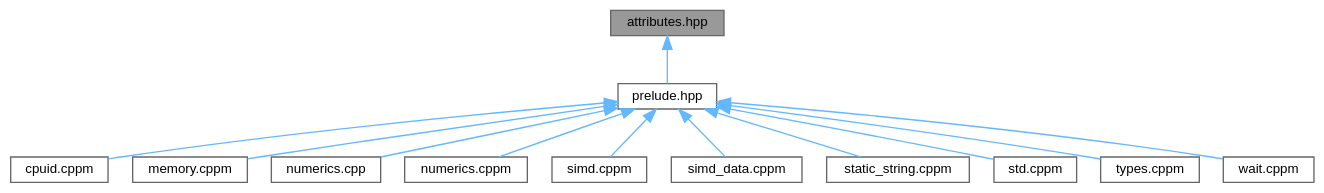
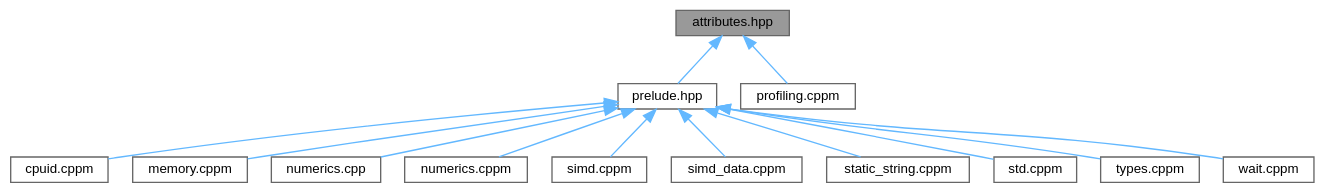
Before and after one commit to ekmett/ein: the diagram in attributes_8hpp__dep__incl.dot, drawn with Graphviz. The commit also changed 212 other files, not shown here.

```diff
--- a/attributes_8hpp__dep__incl.dot
+++ b/attributes_8hpp__dep__incl.dot
@@ -1,31 +1,33 @@
 digraph "attributes.hpp"
 {
  // INTERACTIVE_SVG=YES
  // LATEX_PDF_SIZE
   bgcolor="transparent";
   edge [fontname=Helvetica,fontsize=10,labelfontname=Helvetica,labelfontsize=10];
   node [fontname=Helvetica,fontsize=10,shape=box,height=0.2,width=0.4];
   Node1 [id="Node000001",label="attributes.hpp",height=0.2,width=0.4,color="gray40", fillcolor="grey60", style="filled", fontcolor="black",tooltip="an opinionated subset of clang/gcc attributes"];
   Node1 -> Node2 [id="edge1_Node000001_Node000002",dir="back",color="steelblue1",style="solid",tooltip=" "];
   Node2 [id="Node000002",label="prelude.hpp",height=0.2,width=0.4,color="grey40", fillcolor="white", style="filled",URL="$prelude_8hpp.html",tooltip=" "];
   Node2 -> Node3 [id="edge2_Node000002_Node000003",dir="back",color="steelblue1",style="solid",tooltip=" "];
   Node3 [id="Node000003",label="cpuid.cppm",height=0.2,width=0.4,color="grey40", fillcolor="white", style="filled",URL="$cpuid_8cppm.html",tooltip=" "];
   Node2 -> Node4 [id="edge3_Node000002_Node000004",dir="back",color="steelblue1",style="solid",tooltip=" "];
   Node4 [id="Node000004",label="memory.cppm",height=0.2,width=0.4,color="grey40", fillcolor="white", style="filled",URL="$memory_8cppm.html",tooltip=" "];
   Node2 -> Node5 [id="edge4_Node000002_Node000005",dir="back",color="steelblue1",style="solid",tooltip=" "];
   Node5 [id="Node000005",label="numerics.cpp",height=0.2,width=0.4,color="grey40", fillcolor="white", style="filled",URL="$numerics_8cpp.html",tooltip="numerics external template instantiations"];
   Node2 -> Node6 [id="edge5_Node000002_Node000006",dir="back",color="steelblue1",style="solid",tooltip=" "];
   Node6 [id="Node000006",label="numerics.cppm",height=0.2,width=0.4,color="grey40", fillcolor="white", style="filled",URL="$numerics_8cppm.html",tooltip=" "];
   Node2 -> Node7 [id="edge6_Node000002_Node000007",dir="back",color="steelblue1",style="solid",tooltip=" "];
   Node7 [id="Node000007",label="simd.cppm",height=0.2,width=0.4,color="grey40", fillcolor="white", style="filled",URL="$simd_8cppm.html",tooltip=" "];
   Node2 -> Node8 [id="edge7_Node000002_Node000008",dir="back",color="steelblue1",style="solid",tooltip=" "];
   Node8 [id="Node000008",label="simd_data.cppm",height=0.2,width=0.4,color="grey40", fillcolor="white", style="filled",URL="$simd__data_8cppm.html",tooltip=" "];
   Node2 -> Node9 [id="edge8_Node000002_Node000009",dir="back",color="steelblue1",style="solid",tooltip=" "];
   Node9 [id="Node000009",label="static_string.cppm",height=0.2,width=0.4,color="grey40", fillcolor="white", style="filled",URL="$static__string_8cppm.html",tooltip=" "];
   Node2 -> Node10 [id="edge9_Node000002_Node000010",dir="back",color="steelblue1",style="solid",tooltip=" "];
   Node10 [id="Node000010",label="std.cppm",height=0.2,width=0.4,color="grey40", fillcolor="white", style="filled",URL="$std_8cppm.html",tooltip="polyfill missing standard library functions"];
   Node2 -> Node11 [id="edge10_Node000002_Node000011",dir="back",color="steelblue1",style="solid",tooltip=" "];
   Node11 [id="Node000011",label="types.cppm",height=0.2,width=0.4,color="grey40", fillcolor="white", style="filled",URL="$types_8cppm.html",tooltip=" "];
   Node2 -> Node12 [id="edge11_Node000002_Node000012",dir="back",color="steelblue1",style="solid",tooltip=" "];
   Node12 [id="Node000012",label="wait.cppm",height=0.2,width=0.4,color="grey40", fillcolor="white", style="filled",URL="$wait_8cppm.html",tooltip="waiting strategies"];
+  Node1 -> Node13 [id="edge12_Node000001_Node000013",dir="back",color="steelblue1",style="solid",tooltip=" "];
+  Node13 [id="Node000013",label="profiling.cppm",height=0.2,width=0.4,color="grey40", fillcolor="white", style="filled",URL="$profiling_8cppm.html",tooltip=" "];
 }
```
